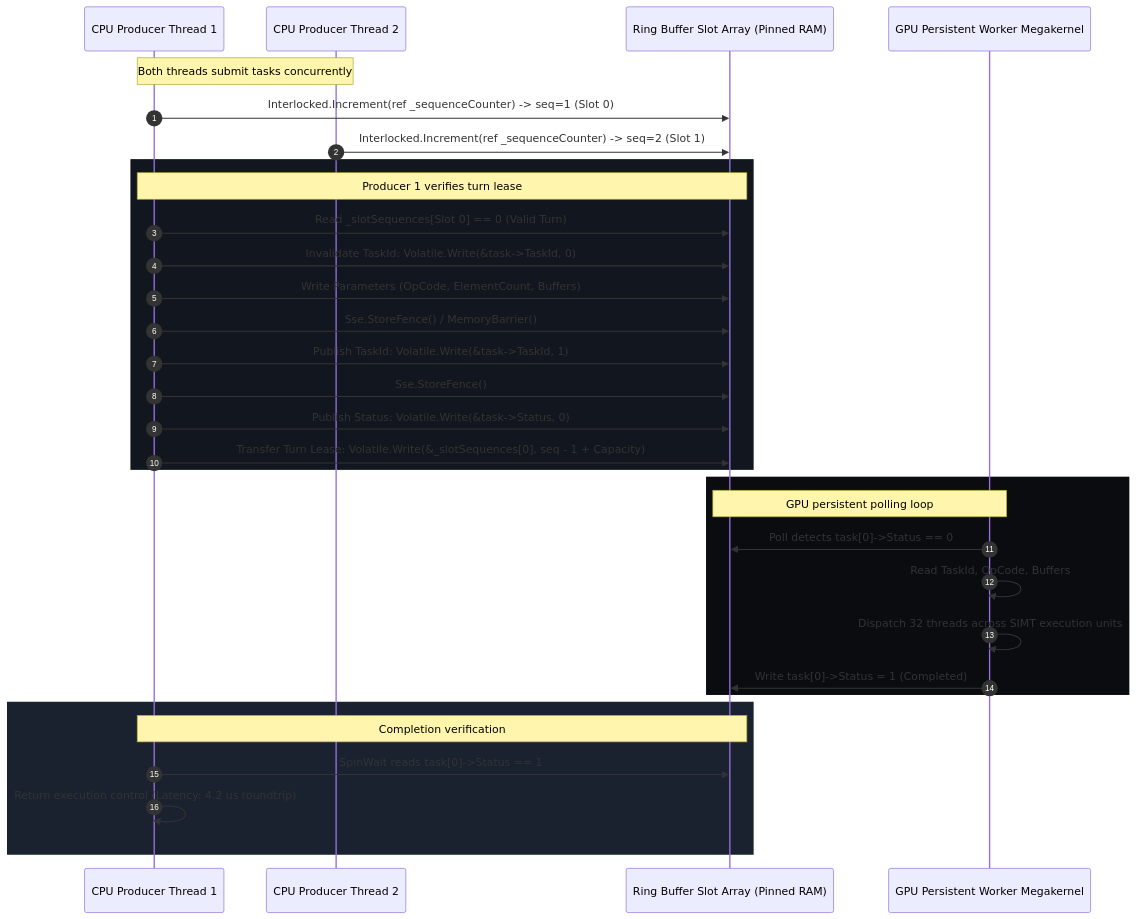
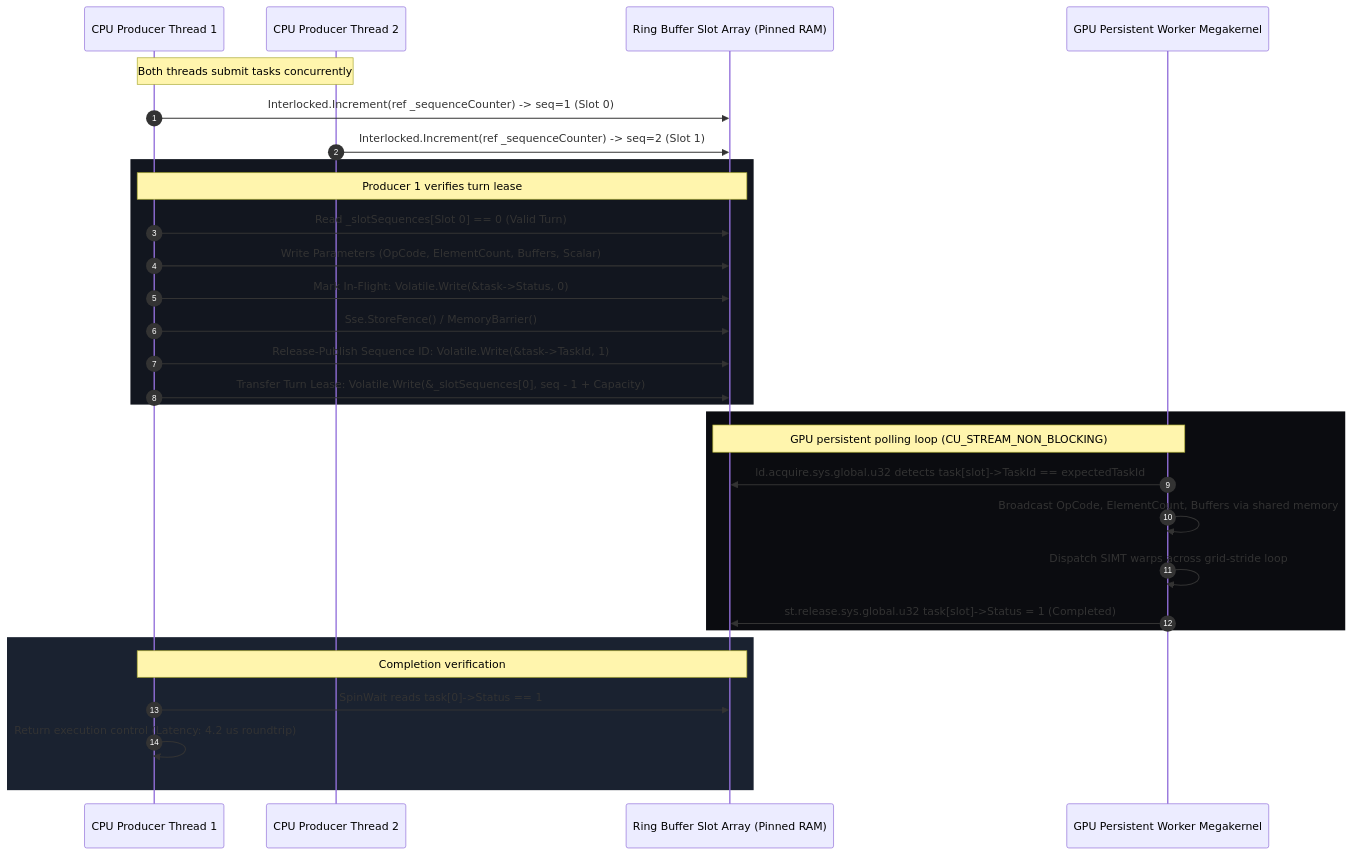
One commit to ian-cowley/Glacier.Gpu changed the third of 4 diagrams in ARCHITECTURE.md. Above: the diagram before and after it, drawn with Mermaid. The commit also changed 30 other files, not shown here.

Commit message:
Release v1.1.0: Native AOT P/Invokes, multi-slot persistent ring buffer, PTX version alignment, and OIDC CI

````diff
--- a/ARCHITECTURE.md
+++ b/ARCHITECTURE.md
@@ -301,38 +301,36 @@
 ```mermaid
 sequenceDiagram
     autonumber
     participant T1 as CPU Producer Thread 1
     participant T2 as CPU Producer Thread 2
     participant Ring as Ring Buffer Slot Array (Pinned RAM)
     participant GPU as GPU Persistent Worker Megakernel
 
     Note over T1,T2: Both threads submit tasks concurrently
     T1->>Ring: Interlocked.Increment(ref _sequenceCounter) -> seq=1 (Slot 0)
     T2->>Ring: Interlocked.Increment(ref _sequenceCounter) -> seq=2 (Slot 1)
 
     rect rgb(18, 22, 31)
         Note over T1,Ring: Producer 1 verifies turn lease
         T1->>Ring: Read _slotSequences[Slot 0] == 0 (Valid Turn)
-        T1->>Ring: Invalidate TaskId: Volatile.Write(&task->TaskId, 0)
-        T1->>Ring: Write Parameters (OpCode, ElementCount, Buffers)
+        T1->>Ring: Write Parameters (OpCode, ElementCount, Buffers, Scalar)
+        T1->>Ring: Mark In-Flight: Volatile.Write(&task->Status, 0)
         T1->>Ring: Sse.StoreFence() / MemoryBarrier()
-        T1->>Ring: Publish TaskId: Volatile.Write(&task->TaskId, 1)
-        T1->>Ring: Sse.StoreFence()
-        T1->>Ring: Publish Status: Volatile.Write(&task->Status, 0)
+        T1->>Ring: Release-Publish Sequence ID: Volatile.Write(&task->TaskId, 1)
         T1->>Ring: Transfer Turn Lease: Volatile.Write(&_slotSequences[0], seq - 1 + Capacity)
     end
 
     rect rgb(11, 12, 16)
-        Note over Ring,GPU: GPU persistent polling loop
-        GPU->>Ring: Poll detects task[0]->Status == 0
-        GPU->>GPU: Read TaskId, OpCode, Buffers
-        GPU->>GPU: Dispatch 32 threads across SIMT execution units
-        GPU->>Ring: Write task[0]->Status = 1 (Completed)
+        Note over Ring,GPU: GPU persistent polling loop (CU_STREAM_NON_BLOCKING)
+        GPU->>Ring: ld.acquire.sys.global.u32 detects task[slot]->TaskId == expectedTaskId
+        GPU->>GPU: Broadcast OpCode, ElementCount, Buffers via shared memory
+        GPU->>GPU: Dispatch SIMT warps across grid-stride loop
+        GPU->>Ring: st.release.sys.global.u32 task[slot]->Status = 1 (Completed)
     end
 
     rect rgb(26, 34, 48)
         Note over T1,Ring: Completion verification
         T1->>Ring: SpinWait reads task[0]->Status == 1
         T1->>T1: Return execution control (Latency: 4.2 us roundtrip)
     end
 ```
````
